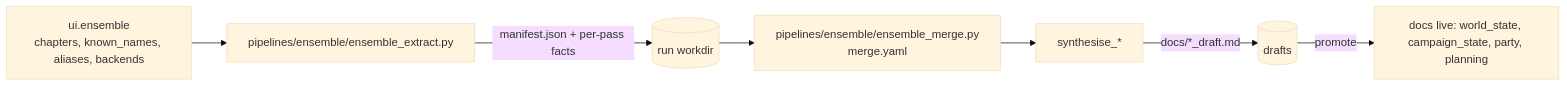
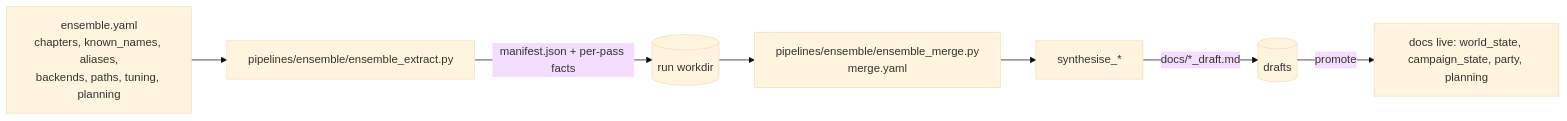
The first of 2 diagrams in docs/config/subsystems.md (kostadis/CampaignGenerator), drawn with Mermaid (base theme) before and after one commit. The commit also changed other lines of this file and 7 other files, not shown here.

````diff
--- a/docs/config/subsystems.md
+++ b/docs/config/subsystems.md
@@ -12,9 +16,9 @@
 ```mermaid
 flowchart LR
-  UIE["ui.ensemble<br/>chapters, known_names, aliases, backends"] --> EX[pipelines/ensemble/ensemble_extract.py]
+  UIE["ensemble.yaml<br/>chapters, known_names, aliases,<br/>backends, paths, tuning, planning"] --> EX[pipelines/ensemble/ensemble_extract.py]
   EX -->|manifest.json + per-pass facts| WD[(run workdir)]
   WD --> MG["pipelines/ensemble/ensemble_merge.py<br/>merge.yaml"]
   MG --> SY[synthesise_*]
   SY -->|docs/*_draft.md| DR[(drafts)]
   DR -->|promote| LIVE["docs live: world_state, campaign_state, party, planning"]
 ```
````
